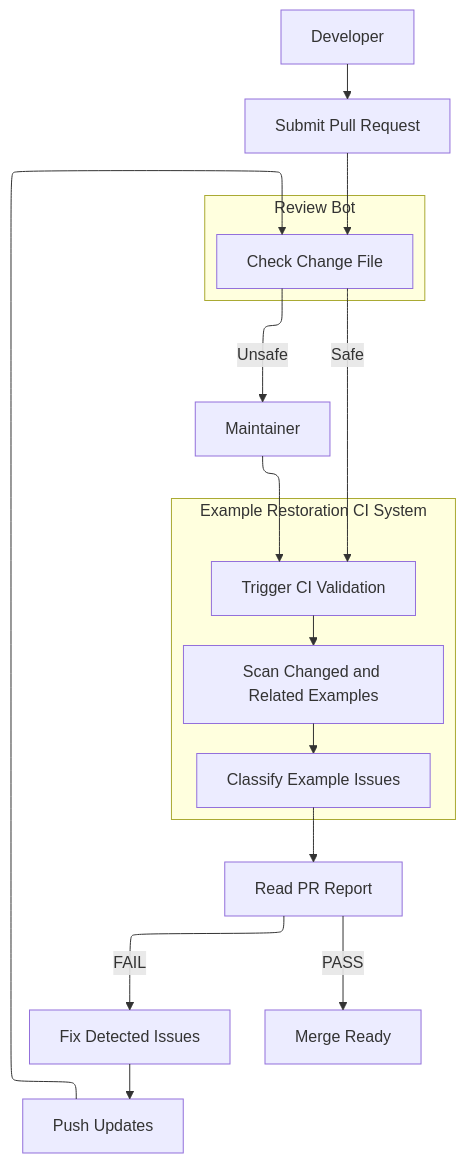
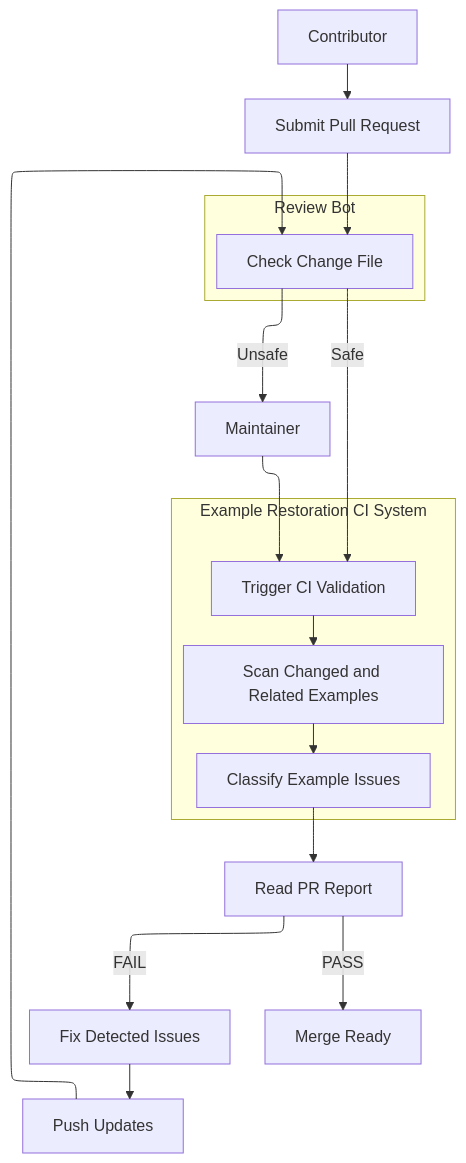
Before and after one commit to ken6078/ianvs: the third of 5 diagrams in docs/proposals/scenarios/example-restoration/phase-3-2026-term-2/example-restoration-ci.md, drawn with Mermaid. The commit also changed other lines of this file and 2 other files, not shown here.

````diff
--- a/docs/proposals/scenarios/example-restoration/phase-3-2026-term-2/example-restoration-ci.md
+++ b/docs/proposals/scenarios/example-restoration/phase-3-2026-term-2/example-restoration-ci.md
@@ -1027,33 +1030,33 @@
 ```mermaid
 ---
 config:
   layout: elk
 ---
 
 flowchart TD
-    Developer[Developer] --> SubmitPR[Submit Pull Request]
+    Contributor[Contributor] --> SubmitPR[Submit Pull Request]
     SubmitPR --> CheckFile
 
     subgraph ReviewBot[Review Bot]
         CheckFile[Check Change File]
     end
 
     CheckFile -->|Safe| TriggerValidation
     CheckFile -->|Unsafe| Maintainer[Maintainer]
     Maintainer --> TriggerValidation
 
     subgraph ExampleRestorationCI[Example Restoration CI System]
         TriggerValidation[Trigger CI Validation]
         ScanExamples[Scan Changed and Related Examples]
         ClassifyIssues[Classify Example Issues]
 
         TriggerValidation --> ScanExamples
         ScanExamples --> ClassifyIssues
     end
 
     ClassifyIssues --> ReadReport[Read PR Report]
     ReadReport -->|FAIL| FixIssues[Fix Detected Issues]
     ReadReport -->|PASS| MergeReady[Merge Ready]
     FixIssues --> PushUpdates[Push Updates]
     PushUpdates --> CheckFile
 ```
````
